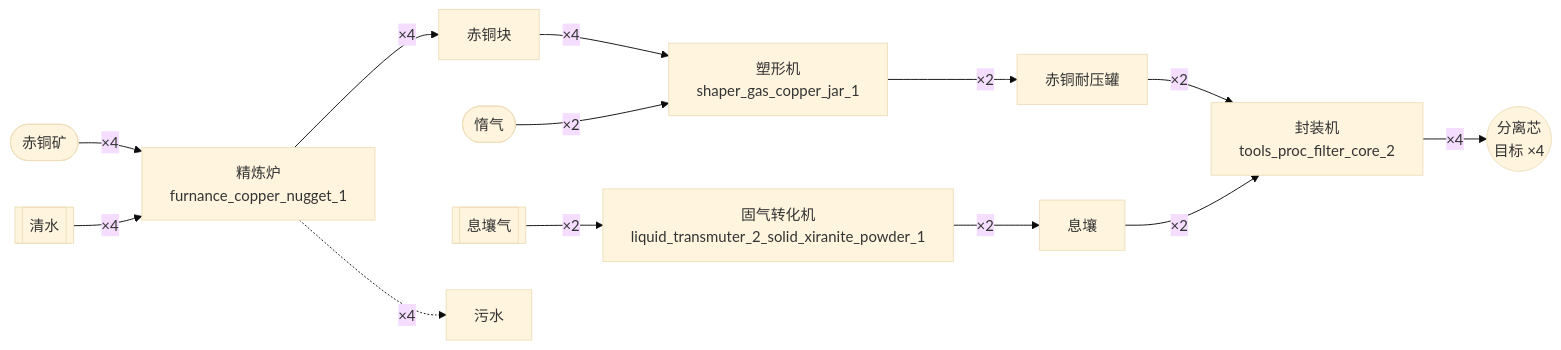
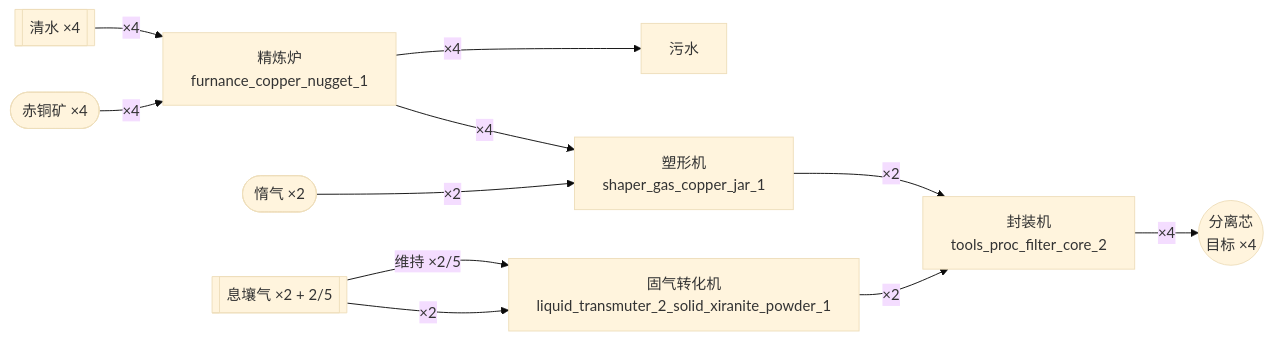
Before and after one commit to 0x00-pl/enddata: the first of 3 diagrams in reports/recipe-analysis.md, drawn with Mermaid (base theme). The commit also changed other lines of this file and 8 other files, not shown here.

````diff
--- a/reports/recipe-analysis.md
+++ b/reports/recipe-analysis.md
@@ -88,28 +77,23 @@
 ```mermaid
 flowchart LR
-  I_item_copper_jar["赤铜耐压罐"]
-  I_item_copper_nugget["赤铜块"]
-  I_item_copper_ore(["赤铜矿"])
+  I_item_copper_ore(["赤铜矿 ×4"])
   I_item_filter_core(("分离芯<br/>目标 ×4"))
-  I_item_gas_inert(["惰气"])
-  I_item_gas_xiranite[["息壤气"]]
+  I_item_gas_inert(["惰气 ×2"])
+  I_item_gas_xiranite[["息壤气 ×2 + 2/5"]]
   I_item_liquid_sewage["污水"]
-  I_item_liquid_water[["清水"]]
-  I_item_xiranite_powder["息壤"]
+  I_item_liquid_water[["清水 ×4"]]
   R_furnance_copper_nugget_1["精炼炉<br/>furnance_copper_nugget_1"]
   R_liquid_transmuter_2_solid_xiranite_powder_1["固气转化机<br/>liquid_transmuter_2_solid_xiranite_powder_1"]
   R_shaper_gas_copper_jar_1["塑形机<br/>shaper_gas_copper_jar_1"]
   R_tools_proc_filter_core_2["封装机<br/>tools_proc_filter_core_2"]
-  I_item_copper_jar -->|"×2"| R_tools_proc_filter_core_2
-  I_item_copper_nugget -->|"×4"| R_shaper_gas_copper_jar_1
   I_item_copper_ore -->|"×4"| R_furnance_copper_nugget_1
   I_item_gas_inert -->|"×2"| R_shaper_gas_copper_jar_1
   I_item_gas_xiranite -->|"×2"| R_liquid_transmuter_2_solid_xiranite_powder_1
   I_item_liquid_water -->|"×4"| R_furnance_copper_nugget_1
-  I_item_xiranite_powder -->|"×2"| R_tools_proc_filter_core_2
-  R_furnance_copper_nugget_1 -->|"×4"| I_item_copper_nugget
-  R_furnance_copper_nugget_1 -.->|"×4"| I_item_liquid_sewage
-  R_liquid_transmuter_2_solid_xiranite_powder_1 -->|"×2"| I_item_xiranite_powder
-  R_shaper_gas_copper_jar_1 -->|"×2"| I_item_copper_jar
+  R_furnance_copper_nugget_1 -->|"×4"| I_item_liquid_sewage
+  R_furnance_copper_nugget_1 -->|"×4"| R_shaper_gas_copper_jar_1
+  R_liquid_transmuter_2_solid_xiranite_powder_1 -->|"×2"| R_tools_proc_filter_core_2
+  R_shaper_gas_copper_jar_1 -->|"×2"| R_tools_proc_filter_core_2
   R_tools_proc_filter_core_2 -->|"×4"| I_item_filter_core
+  I_item_gas_xiranite -->|"维持 ×2/5"| R_liquid_transmuter_2_solid_xiranite_powder_1
 ```
````
